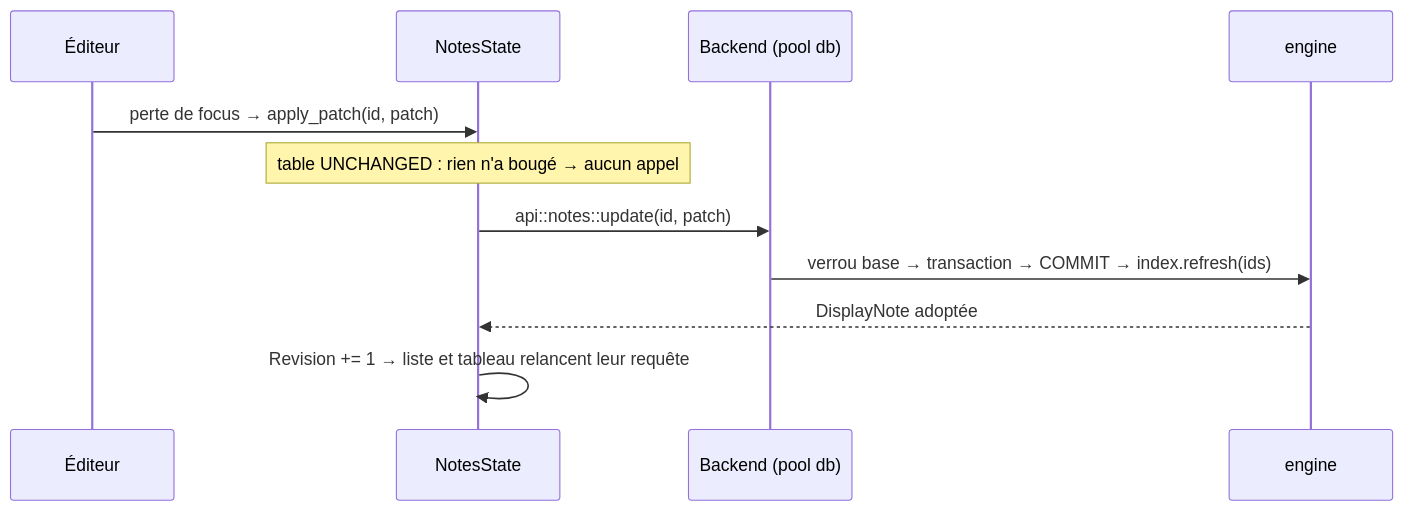
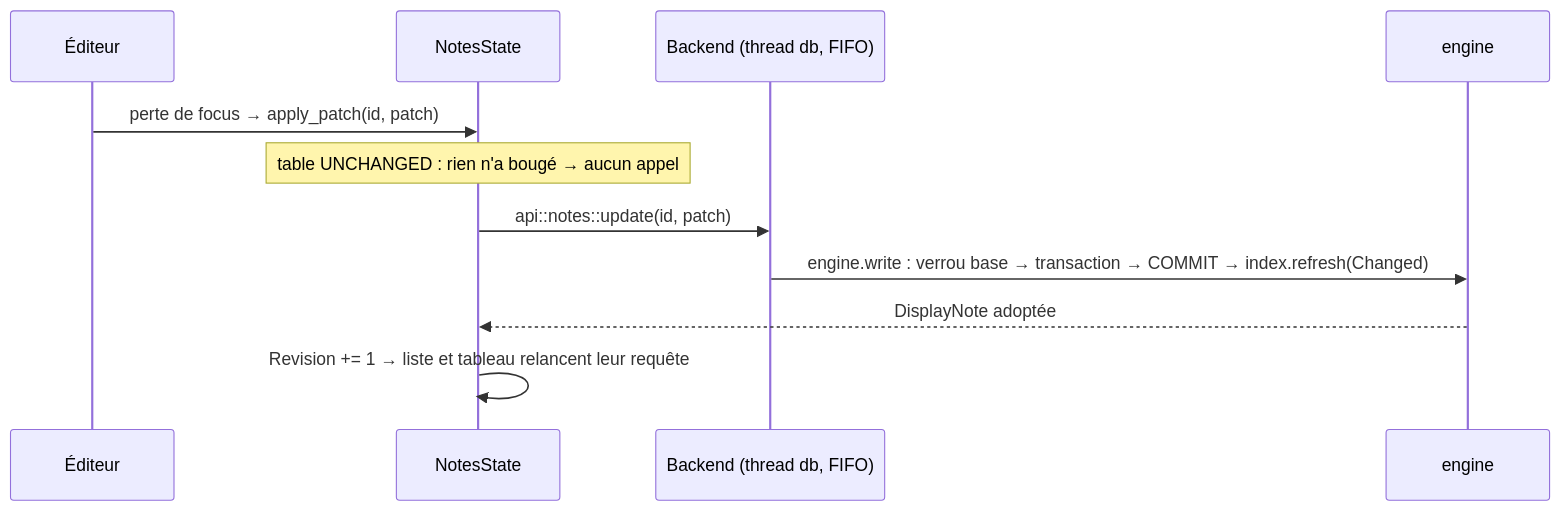
One commit to vmillet-dev/devnotes-rs changed the fourth of 7 diagrams in docs/egui-migration-plan.md. Above: the diagram before and after it, drawn with Mermaid. The commit also changed other lines of this file and 1 other file, not shown here.

````diff
--- a/docs/egui-migration-plan.md
+++ b/docs/egui-migration-plan.md
@@ -558,13 +635,13 @@
 ```mermaid
 sequenceDiagram
   participant E as Éditeur
   participant N as NotesState
-  participant B as Backend (pool db)
+  participant B as Backend (thread db, FIFO)
   participant C as engine
   E->>N: perte de focus → apply_patch(id, patch)
   Note over N: table UNCHANGED : rien n'a bougé → aucun appel
   N->>B: api::notes::update(id, patch)
-  B->>C: verrou base → transaction → COMMIT → index.refresh(ids)
+  B->>C: engine.write : verrou base → transaction → COMMIT → index.refresh(Changed)
   C-->>N: DisplayNote adoptée
   N->>N: Revision += 1 → liste et tableau relancent leur requête
 ```
````
